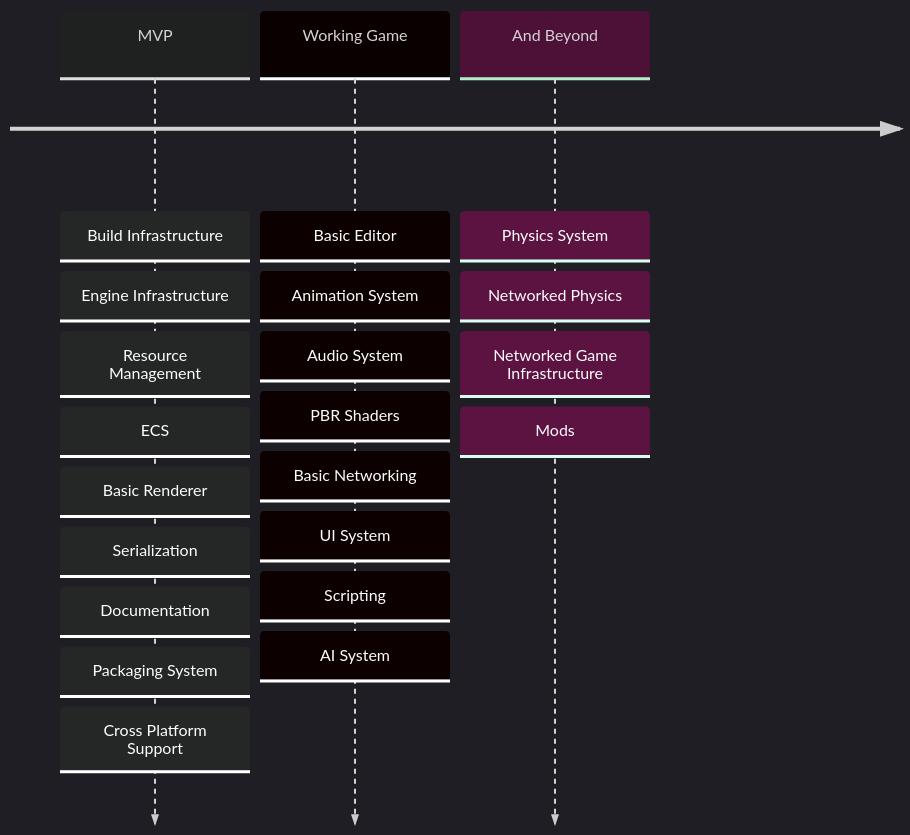
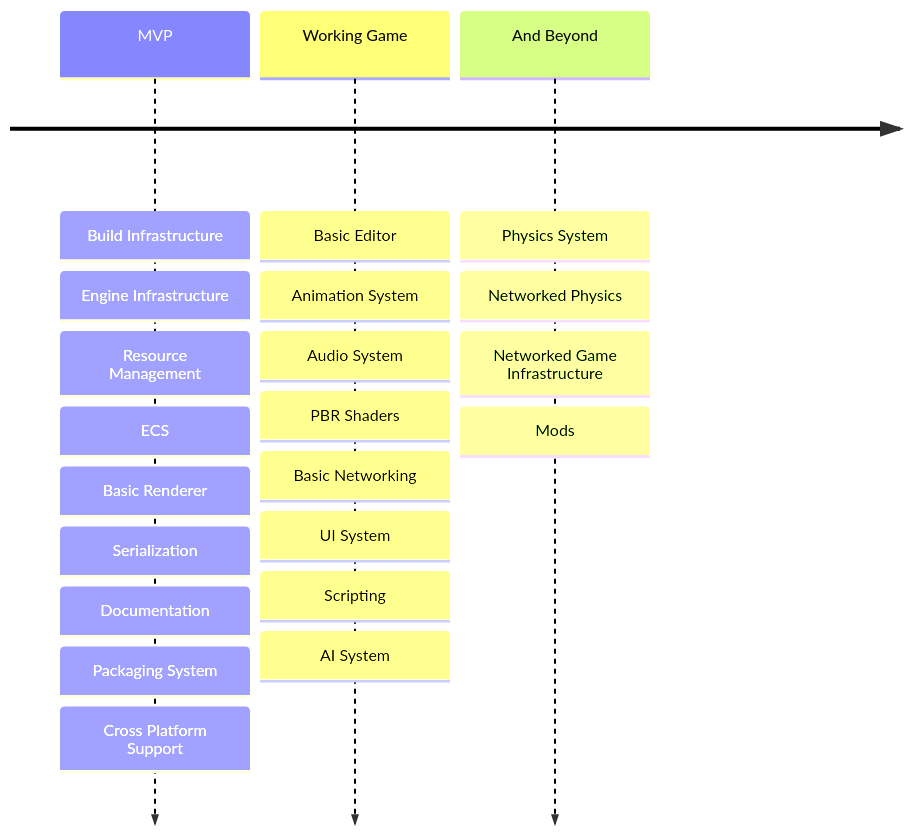
One commit to JonatanNevo/portal-framework changed the diagram in docs/source/development-status.md. Above: the diagram before and after it, drawn with Mermaid. The commit also changed 13 other files, not shown here.

````diff
--- a/docs/source/development-status.md
+++ b/docs/source/development-status.md
@@ -7,32 +7,31 @@
 ```{mermaid}
 ---
-config: {"theme": "dark"}
 zoom: true
 align: center
 caption: (you can zoom on the diagram)
 ---
 timeline
     MVP : Build Infrastructure
         : Engine Infrastructure
         : Resource Management
         : ECS
         : Basic Renderer
         : Serialization
         : Documentation
         : Packaging System
         : Cross Platform Support
     
     Working Game : Basic Editor
                  : Animation System
                  : Audio System
                  : PBR Shaders
                  : Basic Networking
                  : UI System
                  : Scripting
                  : AI System
 
     And Beyond   : Physics System
                  : Networked Physics
                  : Networked Game Infrastructure
                  : Mods
 ```
````
